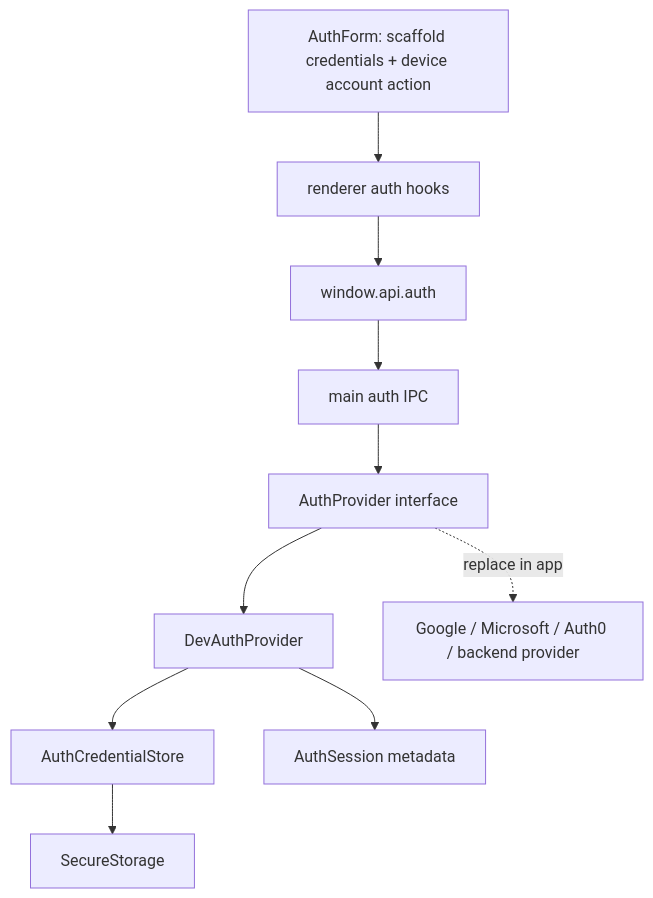
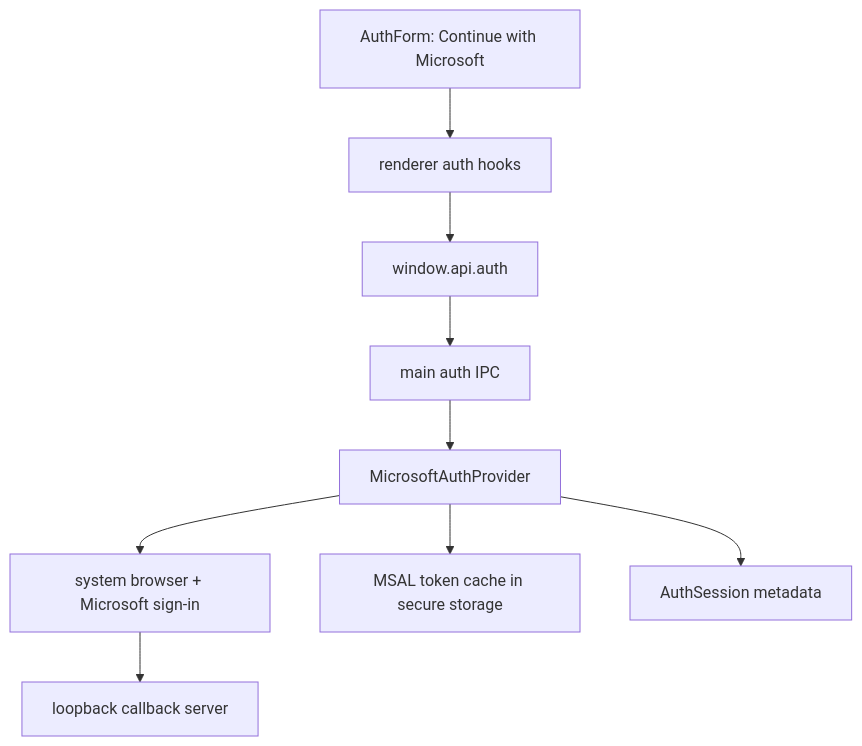
The diagram in docs/auth-session-contract.md (AchuAshwath/electron-react-starter-kit), drawn with Mermaid before and after one commit. The commit also changed other lines of this file and 8 other files, not shown here.

Commit message:
docs(auth): document Microsoft-only auth flow

````diff
--- a/docs/auth-session-contract.md
+++ b/docs/auth-session-contract.md
@@ -38,12 +22,11 @@
 ```mermaid
 flowchart TB
-	Form["AuthForm: scaffold credentials + device account action"] --> Hooks["renderer auth hooks"]
+	Form["AuthForm: Continue with Microsoft"] --> Hooks["renderer auth hooks"]
 	Hooks --> Api["window.api.auth"]
 	Api --> Ipc["main auth IPC"]
-	Ipc --> Provider["AuthProvider interface"]
-	Provider --> Dev["DevAuthProvider"]
-	Dev --> CredentialStore["AuthCredentialStore"]
-	CredentialStore --> SecureStorage["SecureStorage"]
-	Dev --> Session["AuthSession metadata"]
-	Provider -. "replace in app" .-> Real["Google / Microsoft / Auth0 / backend provider"]
+	Ipc --> Provider["MicrosoftAuthProvider"]
+	Provider --> Browser["system browser + Microsoft sign-in"]
+	Browser --> Callback["loopback callback server"]
+	Provider --> TokenCache["MSAL token cache in secure storage"]
+	Provider --> Session["AuthSession metadata"]
 ```
````
